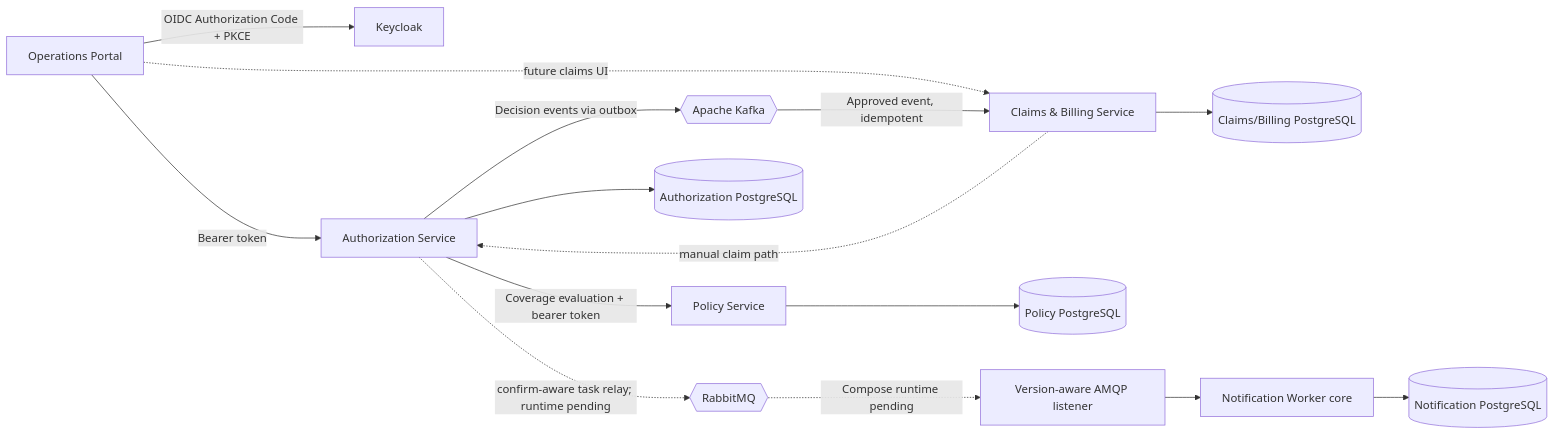
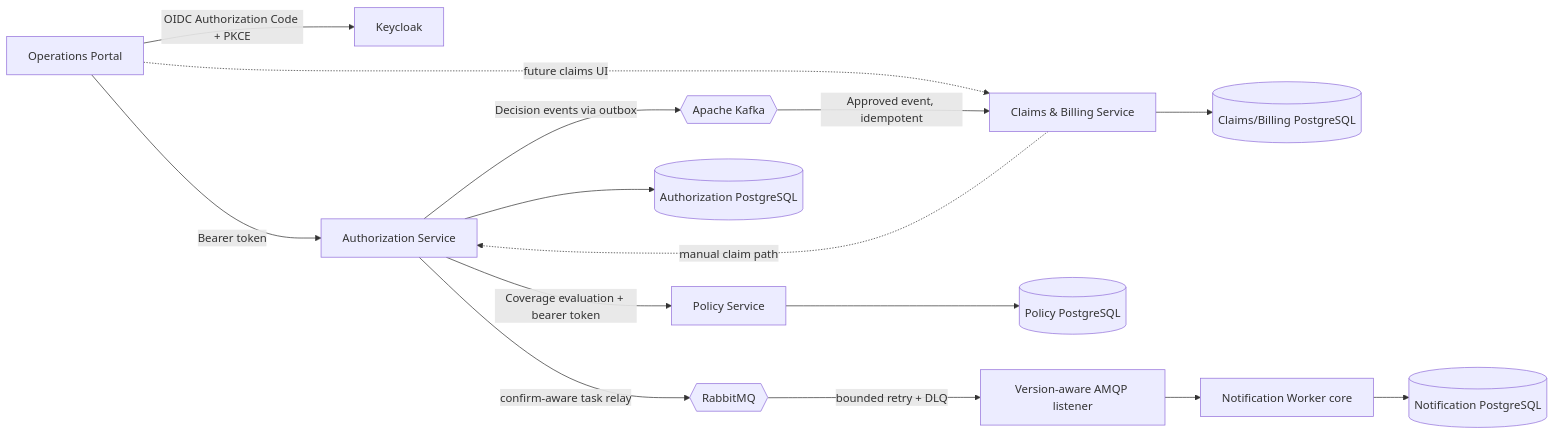
The diagram in docs/project-technical-walkthrough.md (aydindemir1/health-insurance-platform), drawn with Mermaid before and after one commit. The commit also changed other lines of this file and 14 other files, not shown here.

````diff
--- a/docs/project-technical-walkthrough.md
+++ b/docs/project-technical-walkthrough.md
@@ -146,17 +155,17 @@
 ```mermaid
 flowchart LR
     Browser[Operations Portal] -->|OIDC Authorization Code + PKCE| KC[Keycloak]
     Browser -->|Bearer token| Auth[Authorization Service]
     Auth -->|Coverage evaluation + bearer token| Policy[Policy Service]
     Auth -->|Decision events via outbox| Kafka{{Apache Kafka}}
     Browser -. future claims UI .-> Claims[Claims & Billing Service]
     Kafka -->|Approved event, idempotent| Claims
     Claims -. manual claim path .-> Auth
     Auth --> AuthDB[(Authorization PostgreSQL)]
     Policy --> PolicyDB[(Policy PostgreSQL)]
     Claims --> ClaimsDB[(Claims/Billing PostgreSQL)]
-    Auth -. confirm-aware task relay; runtime pending .-> Rabbit{{RabbitMQ}}
-    Rabbit -. Compose runtime pending .-> Listener[Version-aware AMQP listener]
+    Auth -->|confirm-aware task relay| Rabbit{{RabbitMQ}}
+    Rabbit -->|bounded retry + DLQ| Listener[Version-aware AMQP listener]
     Listener --> Worker[Notification Worker core]
     Worker --> WorkerDB[(Notification PostgreSQL)]
 ```
````
